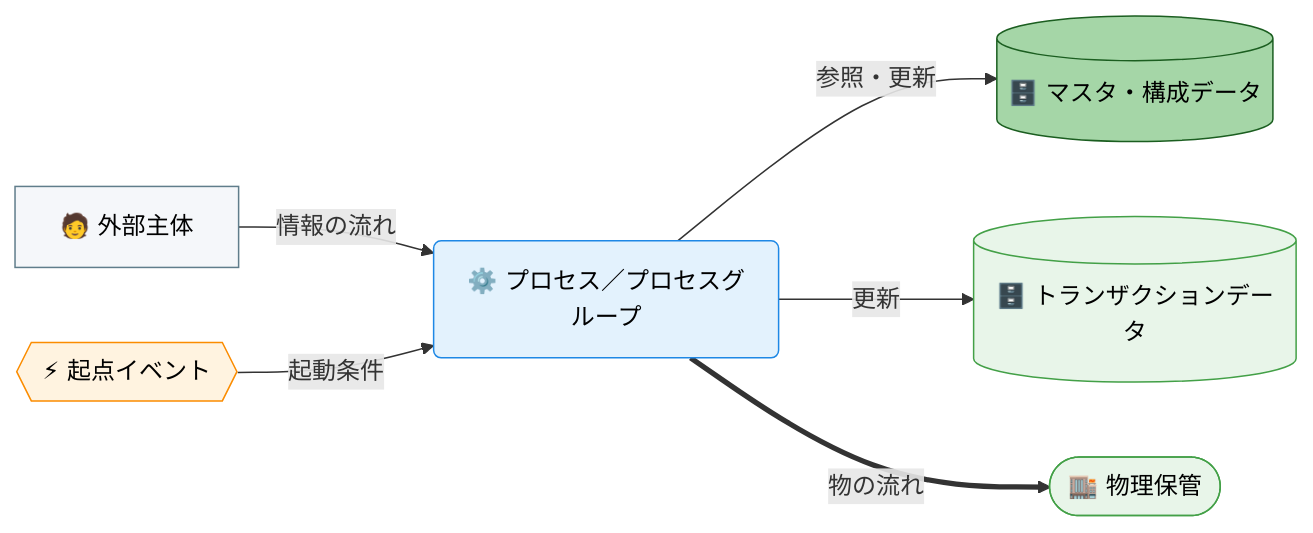
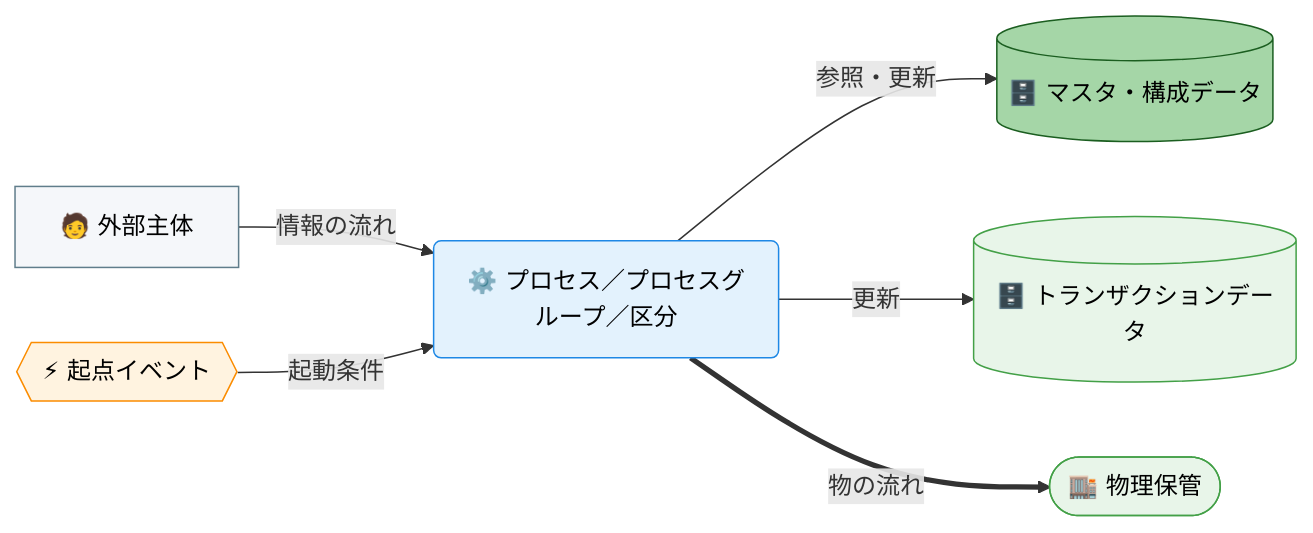
The second of 2 diagrams in docs/ja/specdojo/templates/cdfd-overview-template.md (specdojo/specdojo), drawn with Mermaid before and after one commit. The commit also changed other lines of this file and 13 other files, not shown here.

````diff
--- a/docs/ja/specdojo/templates/cdfd-overview-template.md
+++ b/docs/ja/specdojo/templates/cdfd-overview-template.md
@@ -147,27 +136,27 @@
 ```mermaid
 flowchart LR
   classDef process fill:#e3f2fd,stroke:#1e88e5,color:#000
   classDef event fill:#fff3e0,stroke:#fb8c00,color:#000
   classDef storeMaster fill:#a5d6a7,stroke:#1b5e20,color:#000
   classDef storeTransaction fill:#e8f5e9,stroke:#43a047,color:#000
   classDef actor fill:#f5f7fa,stroke:#607d8b,color:#000
 
   外部主体["🧑 外部主体"]
   起点イベント{{"⚡ 起点イベント"}}
-  プロセス("⚙️ プロセス／プロセスグループ")
+  プロセス("⚙️ プロセス／プロセスグループ／区分")
   マスタ構成データ[("🗄️ マスタ・構成データ")]
   トランザクションデータ[("🗄️ トランザクションデータ")]
   物理保管(["🏬 物理保管"])
 
   外部主体 -->|"情報の流れ"| プロセス
   起点イベント -->|"起動条件"| プロセス
   プロセス -->|"参照・更新"| マスタ構成データ
   プロセス -->|"更新"| トランザクションデータ
   プロセス ==>|"物の流れ"| 物理保管
 
   class プロセス process
   class 起点イベント event
   class マスタ構成データ storeMaster
   class トランザクションデータ,物理保管 storeTransaction
   class 外部主体 actor
 ```
````
